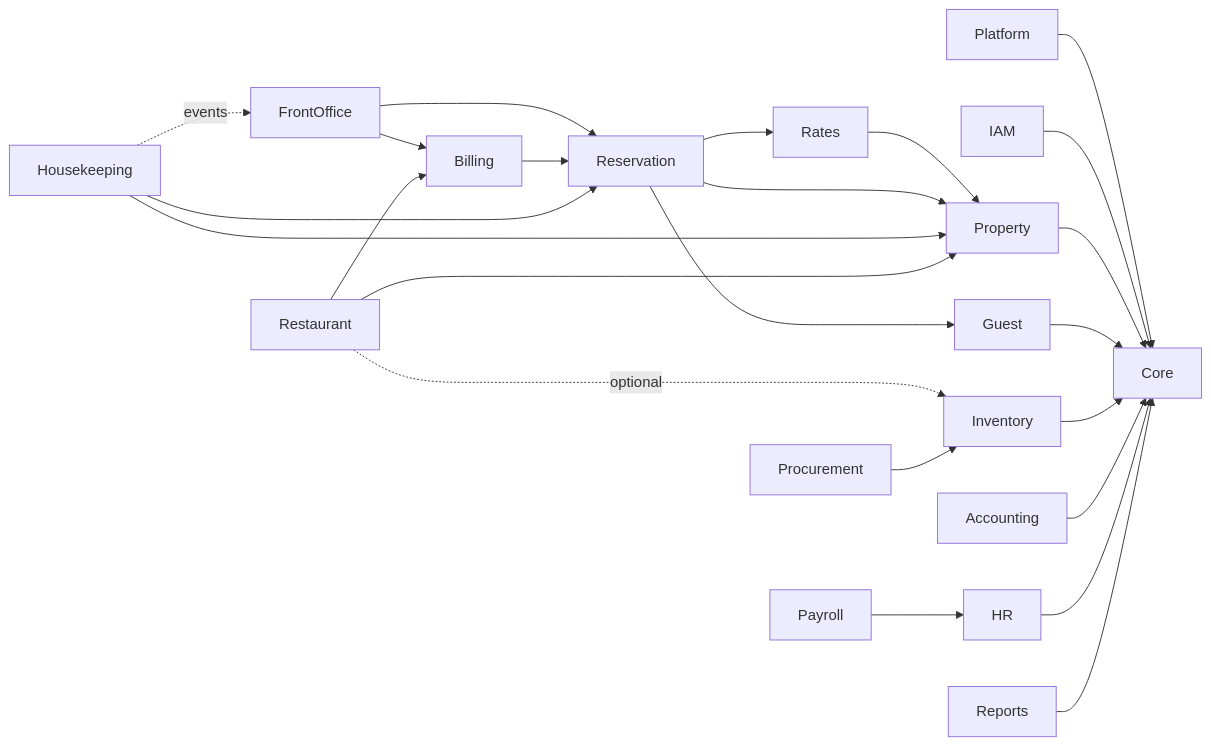
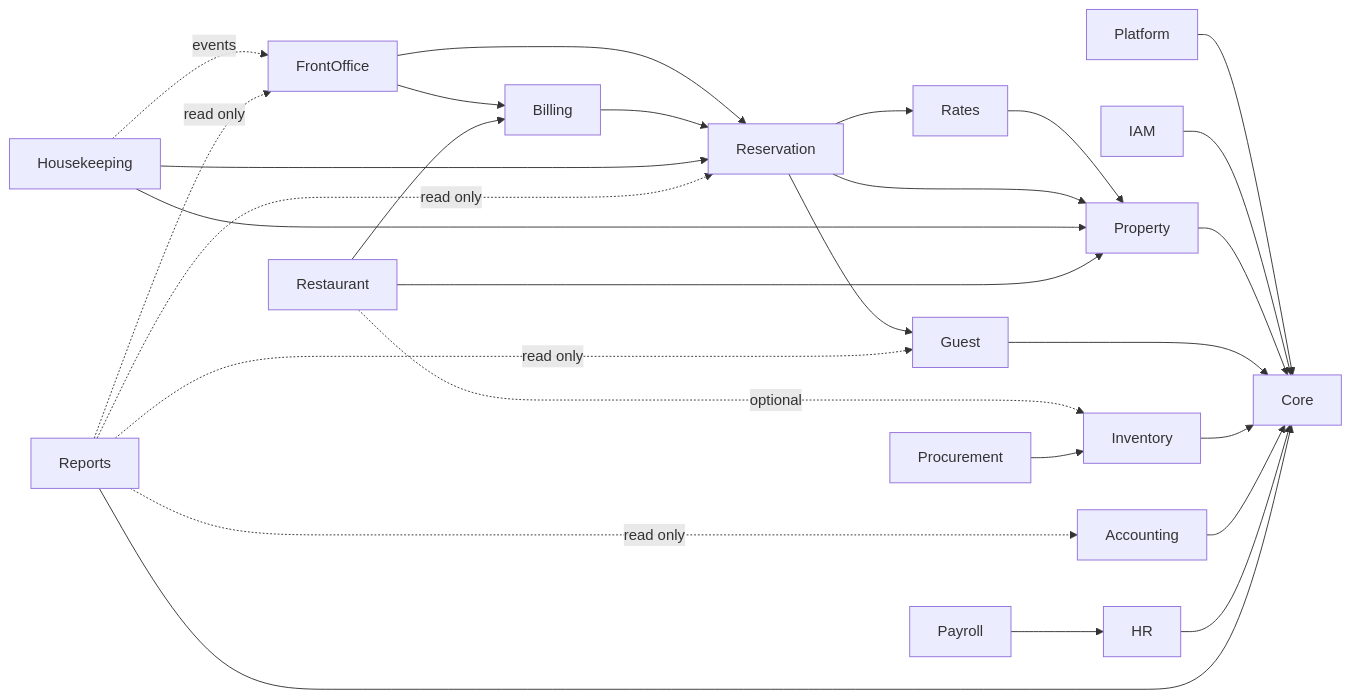
The third of 10 diagrams in docs/ARCHITECTURE.md (saidurwd/Resort365), drawn with Mermaid before and after one commit. The commit also changed other lines of this file and 117 other files, not shown here.

````diff
--- a/docs/ARCHITECTURE.md
+++ b/docs/ARCHITECTURE.md
@@ -296,27 +296,31 @@
 ```mermaid
 flowchart LR
     Core
     Platform --> Core
     IAM --> Core
     Property --> Core
     Guest --> Core
     Rates --> Property
     Reservation --> Property
     Reservation --> Rates
     Reservation --> Guest
     FrontOffice --> Reservation
     FrontOffice --> Billing
     Billing --> Reservation
     Housekeeping --> Property
     Housekeeping --> Reservation
     Housekeeping -. events .-> FrontOffice
     Restaurant --> Property
     Restaurant --> Billing
     Restaurant -. optional .-> Inventory
     Inventory --> Core
     Procurement --> Inventory
     Accounting --> Core
     HR --> Core
     Payroll --> HR
     Reports --> Core
+    Reports -. read only .-> FrontOffice
+    Reports -. read only .-> Reservation
+    Reports -. read only .-> Guest
+    Reports -. read only .-> Accounting
 ```
````
